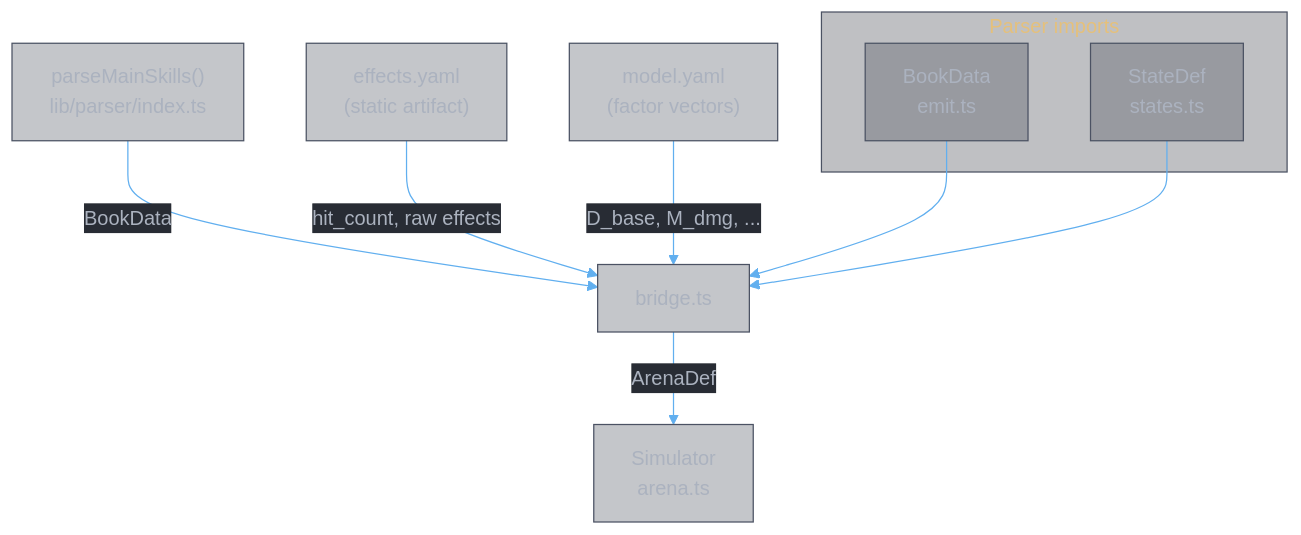
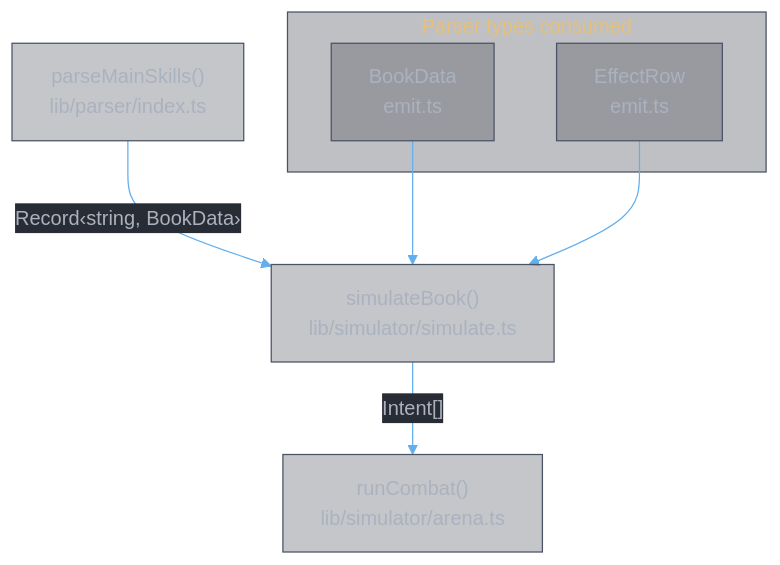
Before and after one commit to zhifengzhang-sz/divine-book: the eighth of 8 diagrams in docs/parser/diagram.main.md, drawn with Mermaid. The commit also changed other lines of this file and 1 other file, not shown here.

Commit message:
docs: update parser docs — remove bridge.ts references, reflect simulator integration

````diff
--- a/docs/parser/diagram.main.md
+++ b/docs/parser/diagram.main.md
@@ -346,16 +346,14 @@
 ```mermaid
 %%{init: {'theme': 'base', 'themeVariables': {'primaryColor': '#3e44514D', 'primaryTextColor': '#abb2bf', 'primaryBorderColor': '#4b5263', 'lineColor': '#61afef', 'secondaryColor': '#2c313a4D', 'secondaryTextColor': '#abb2bf', 'secondaryBorderColor': '#4b5263', 'tertiaryColor': '#282c344D', 'mainBkg': '#3e44514D', 'nodeBorder': '#4b5263', 'clusterBkg': '#2c313a4D', 'clusterBorder': '#4b5263', 'titleColor': '#e5c07b', 'edgeLabelBackground': '#282c34', 'textColor': '#abb2bf', 'background': '#282c34'}}}%%
 graph TD
-    P["parseMainSkills()\nlib/parser/index.ts"] -- "BookData" --> B["bridge.ts"]
-    E["effects.yaml\n(static artifact)"] -- "hit_count, raw effects" --> B
-    M["model.yaml\n(factor vectors)"] -- "D_base, M_dmg, ..." --> B
-    B -- "ArenaDef" --> S["Simulator\narena.ts"]
+    P["parseMainSkills()\nlib/parser/index.ts"] -- "Record‹string, BookData›" --> S["simulateBook()\nlib/simulator/simulate.ts"]
+    S -- "Intent[]" --> A["runCombat()\nlib/simulator/arena.ts"]
 
-    subgraph "Parser imports"
+    subgraph "Parser types consumed"
         BD["BookData\nemit.ts"]
-        SD["StateDef\nstates.ts"]
+        ER["EffectRow\nemit.ts"]
     end
 
-    BD --> B
-    SD --> B
+    BD --> S
+    ER --> S
 ```
````
